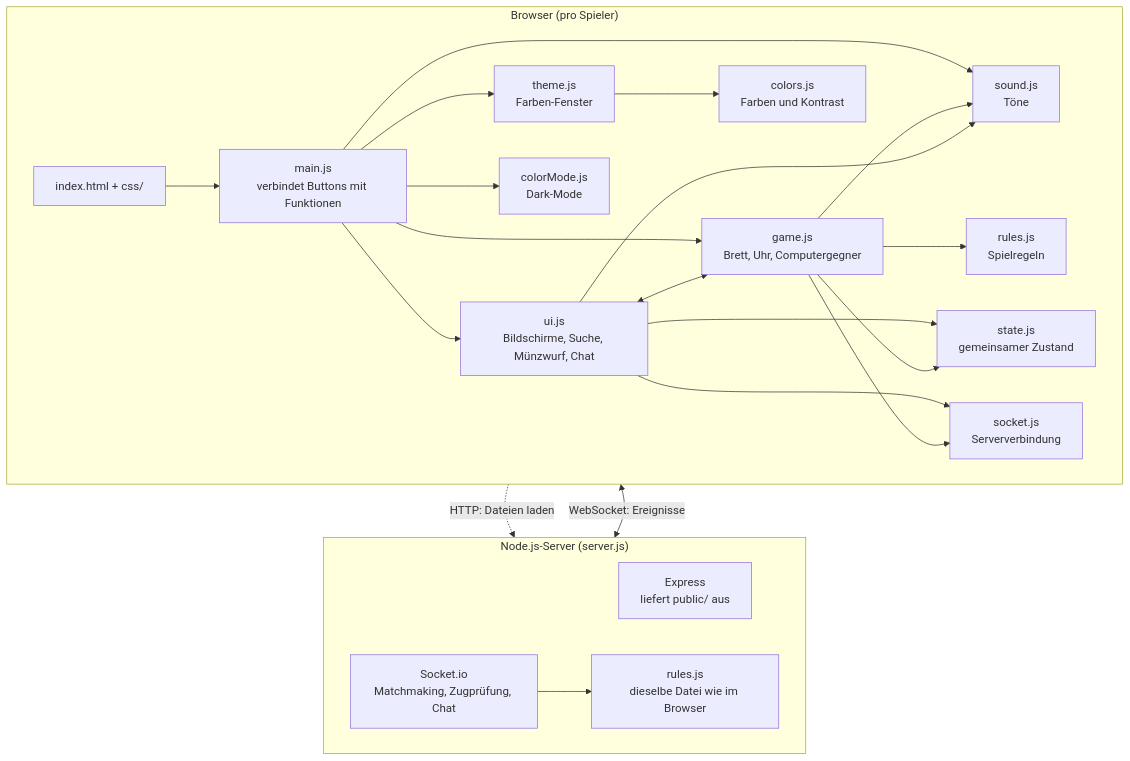
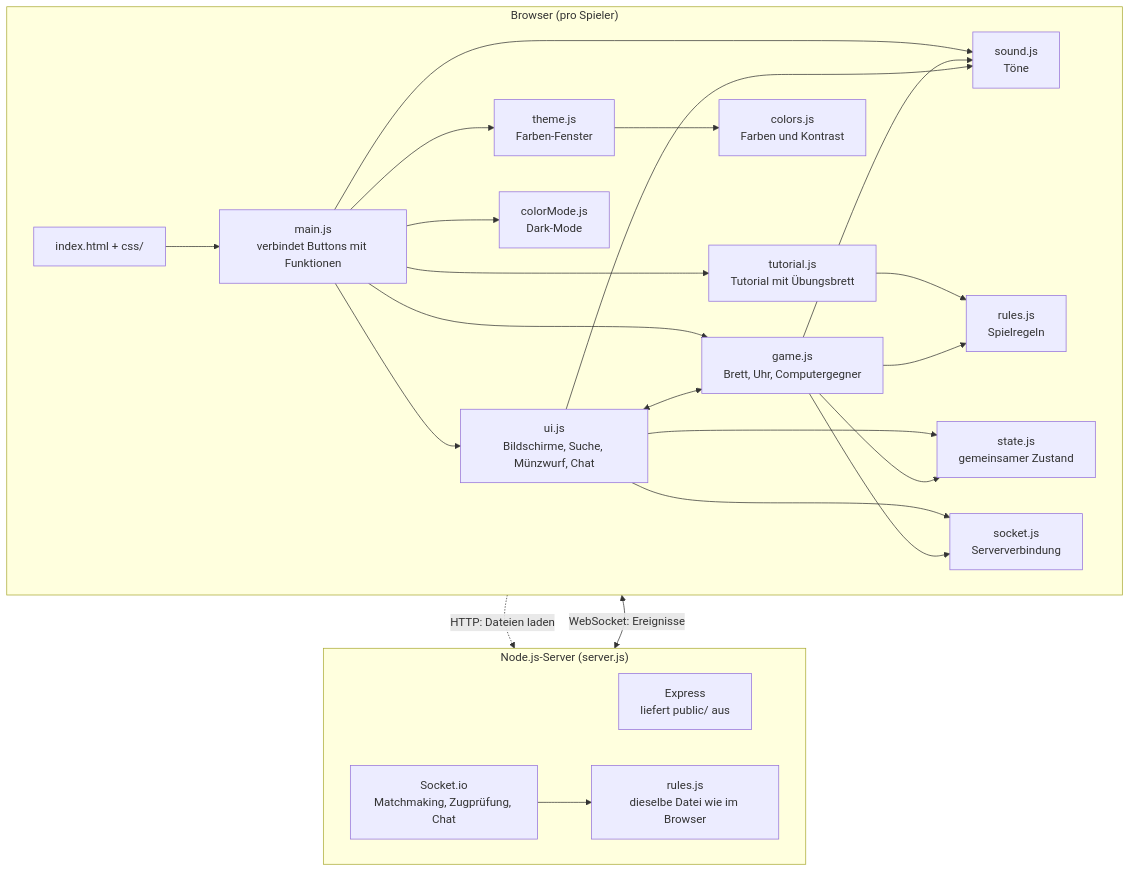
One commit to flofries00/WebProgDHBWDame changed the first of 2 diagrams in README.md. Above: the diagram before and after it, drawn with Mermaid. The commit also changed other lines of this file and 6 other files, not shown here.

Commit message:
Interaktives Tutorial: 6 Lektionen auf einem Übungsbrett, öffnet sich beim ersten Besuch, über Startseite und Hilfe wieder aufrufbar

````diff
--- a/README.md
+++ b/README.md
@@ -119,43 +121,46 @@
 ```mermaid
 flowchart TB
     subgraph Browser["Browser (pro Spieler)"]
         direction LR
         HTML["index.html + css/"]
         Main["main.js<br/>verbindet Buttons mit Funktionen"]
         UI["ui.js<br/>Bildschirme, Suche, Münzwurf, Chat"]
         Game["game.js<br/>Brett, Uhr, Computergegner"]
         RulesC["rules.js<br/>Spielregeln"]
         Sound["sound.js<br/>Töne"]
         Theme["theme.js<br/>Farben-Fenster"]
         Colors["colors.js<br/>Farben und Kontrast"]
         ColorMode["colorMode.js<br/>Dark-Mode"]
+        Tutorial["tutorial.js<br/>Tutorial mit Übungsbrett"]
         State["state.js<br/>gemeinsamer Zustand"]
         SocketC["socket.js<br/>Serververbindung"]
         HTML --> Main
         Main --> UI
         Main --> Game
         Main --> Sound
         Main --> Theme
         Main --> ColorMode
+        Main --> Tutorial
+        Tutorial --> RulesC
         Theme --> Colors
         UI <--> Game
         Game --> RulesC
         Game --> Sound
         UI --> Sound
         UI --> State
         Game --> State
         UI --> SocketC
         Game --> SocketC
     end
 
     subgraph Server["Node.js-Server (server.js)"]
         direction LR
         Express["Express<br/>liefert public/ aus"]
         IO["Socket.io<br/>Matchmaking, Zugprüfung, Chat"]
         RulesS["rules.js<br/>dieselbe Datei wie im Browser"]
         IO --> RulesS
     end
 
     HTML -.->|"HTTP: Dateien laden"| Express
     SocketC <-->|"WebSocket: Ereignisse"| IO
 ```
````
